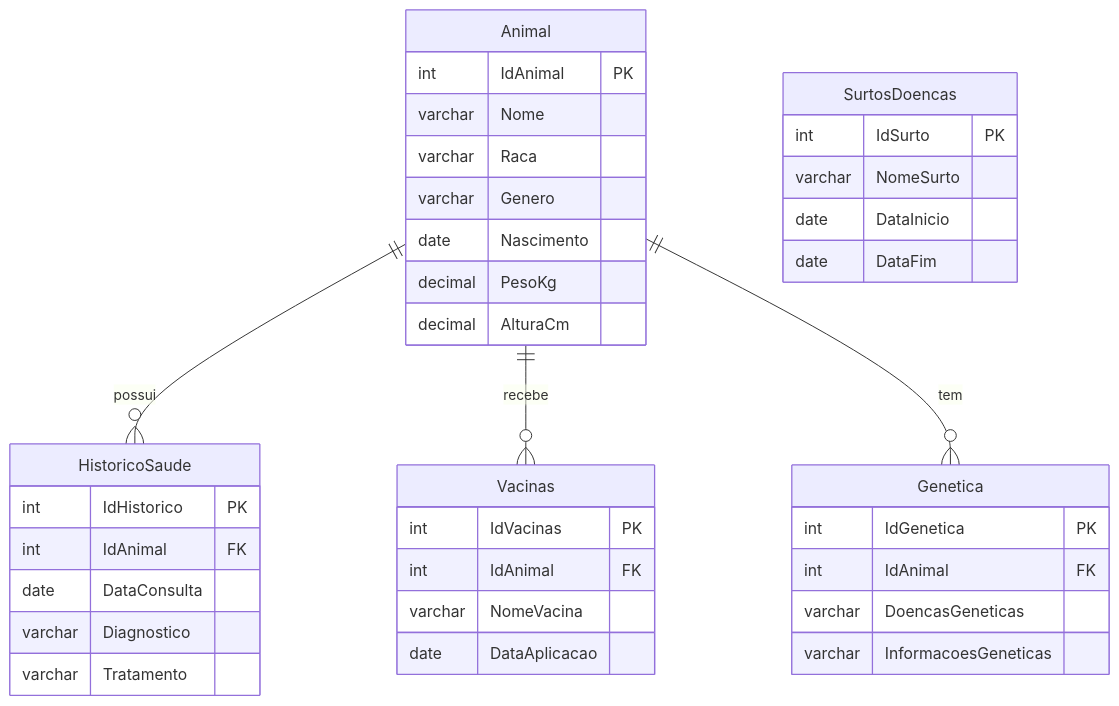
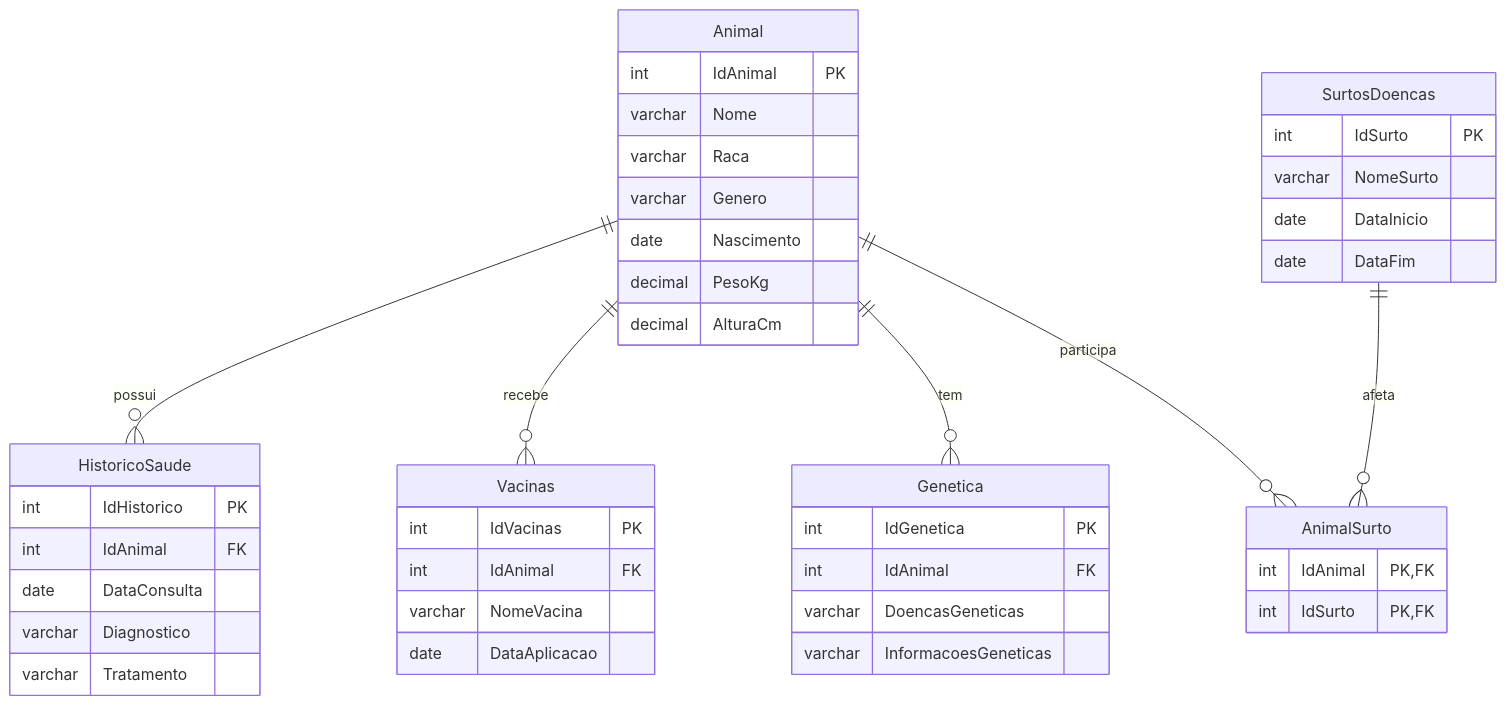
One commit to nicoleyssob/SaudeAnimal changed the diagram in README.md. Above: the diagram before and after it, drawn with Mermaid. The commit also changed other lines of this file and 17 other files, not shown here.

Commit message:
liga de animais e surtos com a tabela AnimalSurto

````diff
--- a/README.md
+++ b/README.md
@@ -16,41 +16,47 @@
 ```mermaid
 erDiagram
     Animal ||--o{ HistoricoSaude : possui
     Animal ||--o{ Vacinas : recebe
     Animal ||--o{ Genetica : tem
+    Animal ||--o{ AnimalSurto : participa
+    SurtosDoencas ||--o{ AnimalSurto : afeta
 
     Animal {
         int IdAnimal PK
         varchar Nome
         varchar Raca
         varchar Genero
         date Nascimento
         decimal PesoKg
         decimal AlturaCm
     }
     HistoricoSaude {
         int IdHistorico PK
         int IdAnimal FK
         date DataConsulta
         varchar Diagnostico
         varchar Tratamento
     }
     Vacinas {
         int IdVacinas PK
         int IdAnimal FK
         varchar NomeVacina
         date DataAplicacao
     }
     Genetica {
         int IdGenetica PK
         int IdAnimal FK
         varchar DoencasGeneticas
         varchar InformacoesGeneticas
     }
     SurtosDoencas {
         int IdSurto PK
         varchar NomeSurto
         date DataInicio
         date DataFim
     }
+    AnimalSurto {
+        int IdAnimal PK, FK
+        int IdSurto PK, FK
+    }
 ```
````
